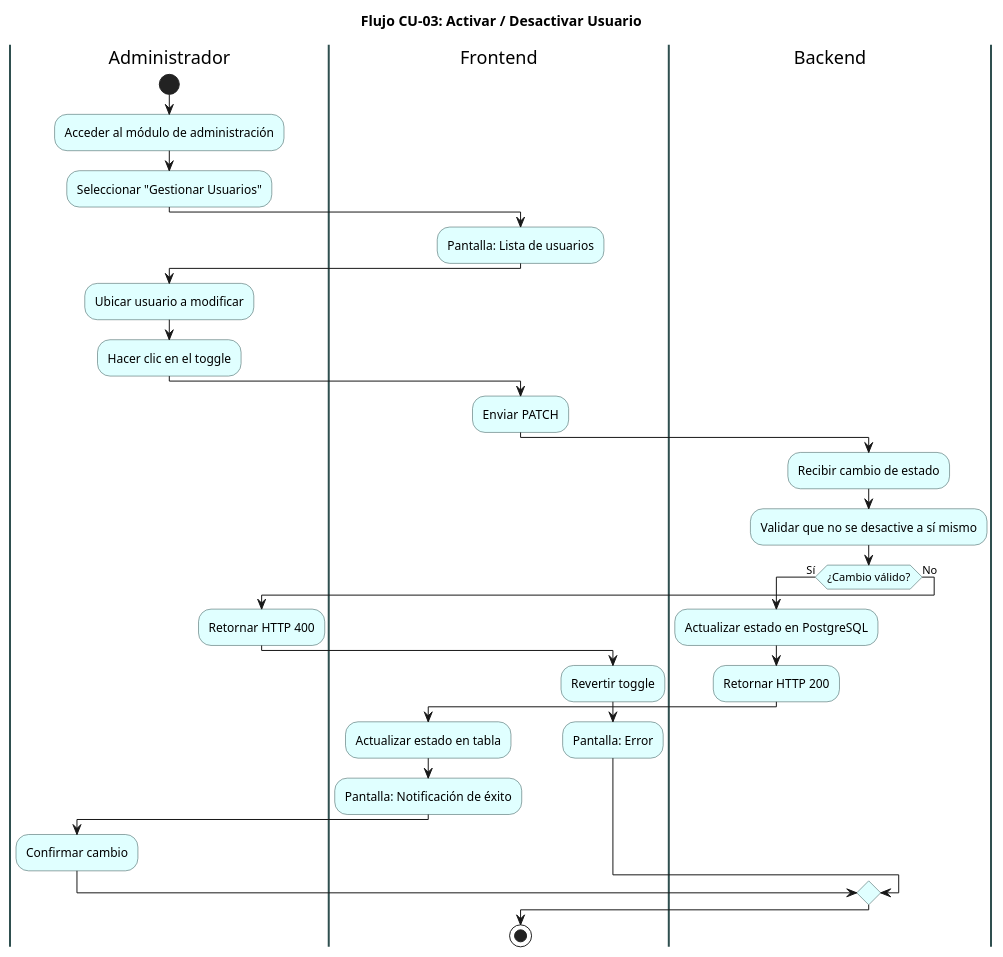
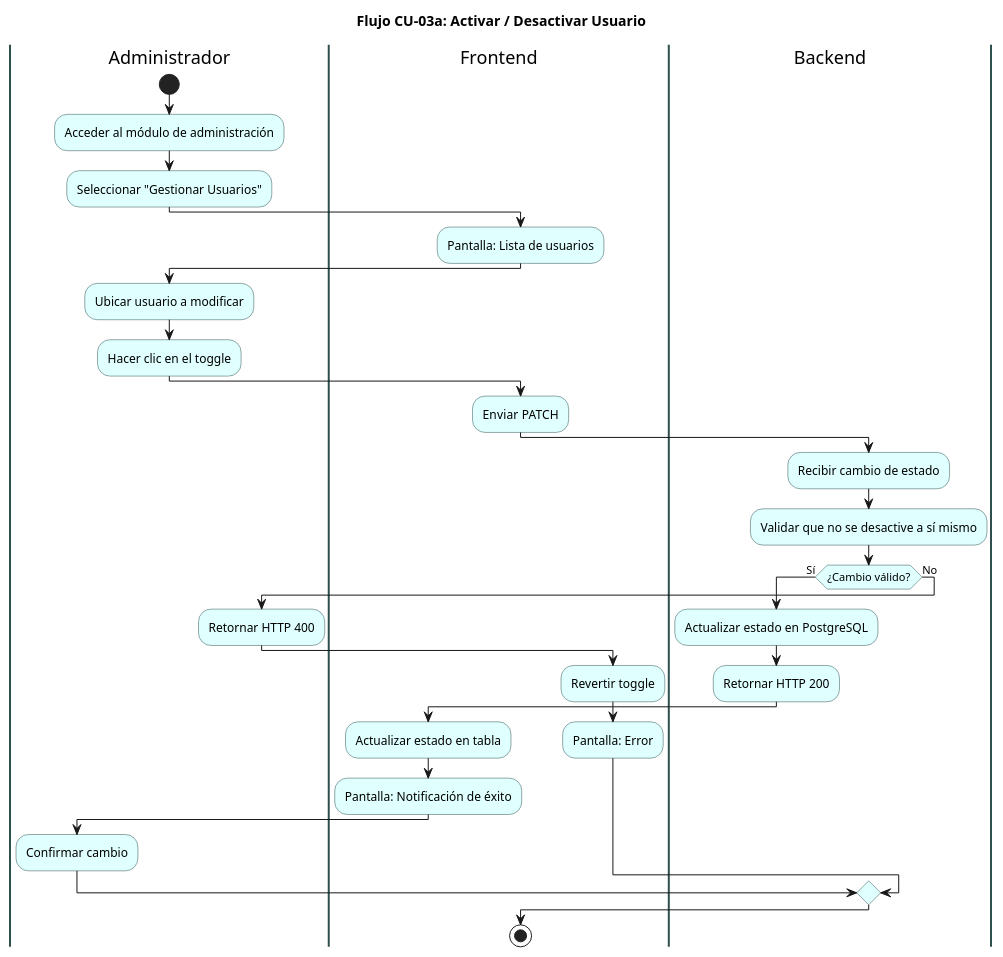
One commit to ElianMMCode/Zone-Control changed the diagram in docs/diagramas/flujo/05_flujo_activar_desactivar.puml. Above: the diagram before and after it, drawn with PlantUML. The commit also changed 7 other files, not shown here.

```diff
--- a/docs/diagramas/flujo/05_flujo_activar_desactivar.puml
+++ b/docs/diagramas/flujo/05_flujo_activar_desactivar.puml
@@ -1,59 +1,59 @@
 @startuml
-title Flujo CU-03: Activar / Desactivar Usuario
+title Flujo CU-03a: Activar / Desactivar Usuario
 skinparam activity {
   BackgroundColor LightCyan
   BorderColor DarkSlateGray
 }
 skinparam swimlane {
   BorderColor DarkSlateGray
   BorderThickness 2
 }
 
 |Administrador|
 start
 :Acceder al módulo de administración;
 
 :Seleccionar "Gestionar Usuarios";
 
 |Frontend|
 :Pantalla: Lista de usuarios;
 
 |Administrador|
 :Ubicar usuario a modificar;
 
 :Hacer clic en el toggle;
 
 |Frontend|
 :Enviar PATCH;
 
 |Backend|
 :Recibir cambio de estado;
 
 :Validar que no se desactive a sí mismo;
 
 if (¿Cambio válido?) then (Sí)
   :Actualizar estado en PostgreSQL;
 
   :Retornar HTTP 200;
 
   |Frontend|
   :Actualizar estado en tabla;
 
   :Pantalla: Notificación de éxito;
 
   |Administrador|
   :Confirmar cambio;
 
 else (No)
   :Retornar HTTP 400;
 
   |Frontend|
   :Revertir toggle;
 
   :Pantalla: Error;
 
 endif
 
 stop
 
 @enduml
```
